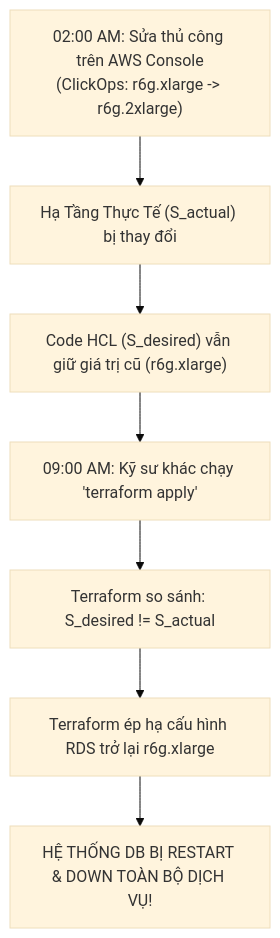
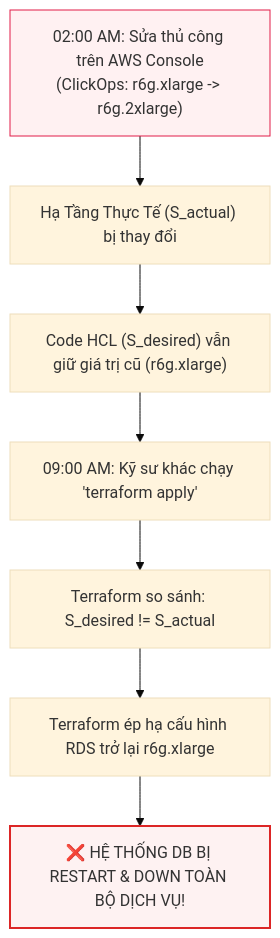
The third of 3 diagrams in _posts/2026-09-13-terraform-01-01-tu-duy-declarative-iac-so-sanh-thuc-chien-terraform-ansible-pulumi.md (kiennt308/ntk), drawn with Mermaid (base theme) before and after one commit. The commit also changed other lines of this file, not shown here.

Commit message:
style(post): beautify article 01 layout with rich tldr, enhanced alerts, flowchart, and q&a styling

````diff
--- a/_posts/2026-09-13-terraform-01-01-tu-duy-declarative-iac-so-sanh-thuc-chien-terraform-ansible-pulumi.md
+++ b/_posts/2026-09-13-terraform-01-01-tu-duy-declarative-iac-so-sanh-thuc-chien-terraform-ansible-pulumi.md
@@ -303,11 +331,12 @@
 ```mermaid
 flowchart TD
-    A["02:00 AM: Sửa thủ công trên AWS Console<br/>(ClickOps: r6g.xlarge -&gt; r6g.2xlarge)"] --> B["Hạ Tầng Thực Tế (S_actual) bị thay đổi"]
+    A["02:00 AM: Sửa thủ công trên AWS Console<br/>(ClickOps: r6g.xlarge -> r6g.2xlarge)"] --> B["Hạ Tầng Thực Tế (S_actual) bị thay đổi"]
     B --> C["Code HCL (S_desired) vẫn giữ giá trị cũ (r6g.xlarge)"]
     C --> D["09:00 AM: Kỹ sư khác chạy 'terraform apply'"]
     D --> E["Terraform so sánh: S_desired != S_actual"]
     E --> F["Terraform ép hạ cấu hình RDS trở lại r6g.xlarge"]
-    F --> G["HỆ THỐNG DB BỊ RESTART & DOWN TOÀN BỘ DỊCH VỤ!"]
+    F --> G["❌ HỆ THỐNG DB BỊ RESTART & DOWN TOÀN BỘ DỊCH VỤ!"]
 
-
+    style A fill:#fff1f2,stroke:#e11d48,stroke-width:1px
+    style G fill:#fef2f2,stroke:#dc2626,stroke-width:2px
 ```
````
